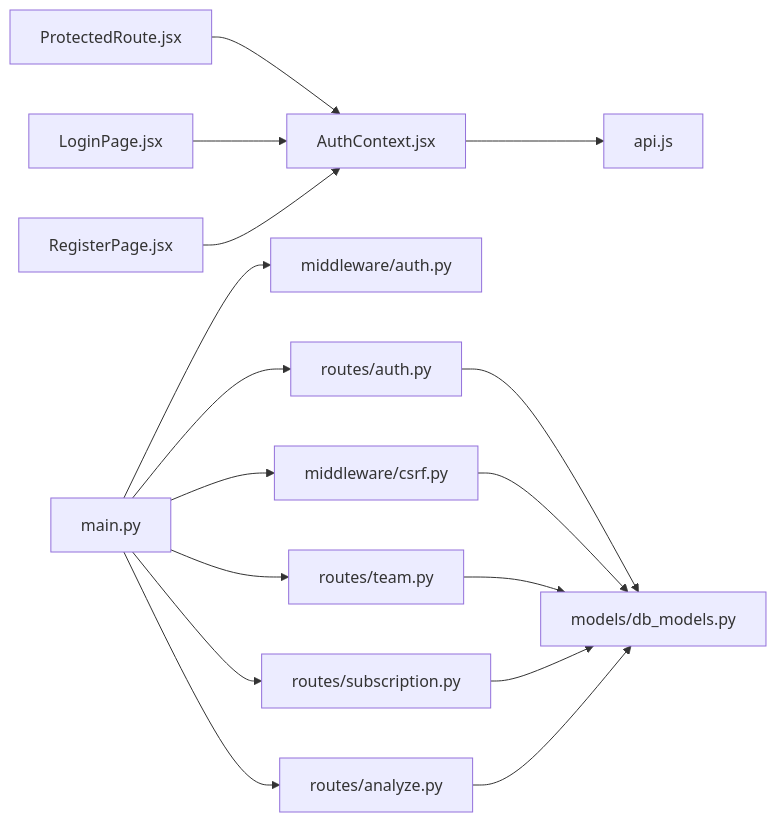
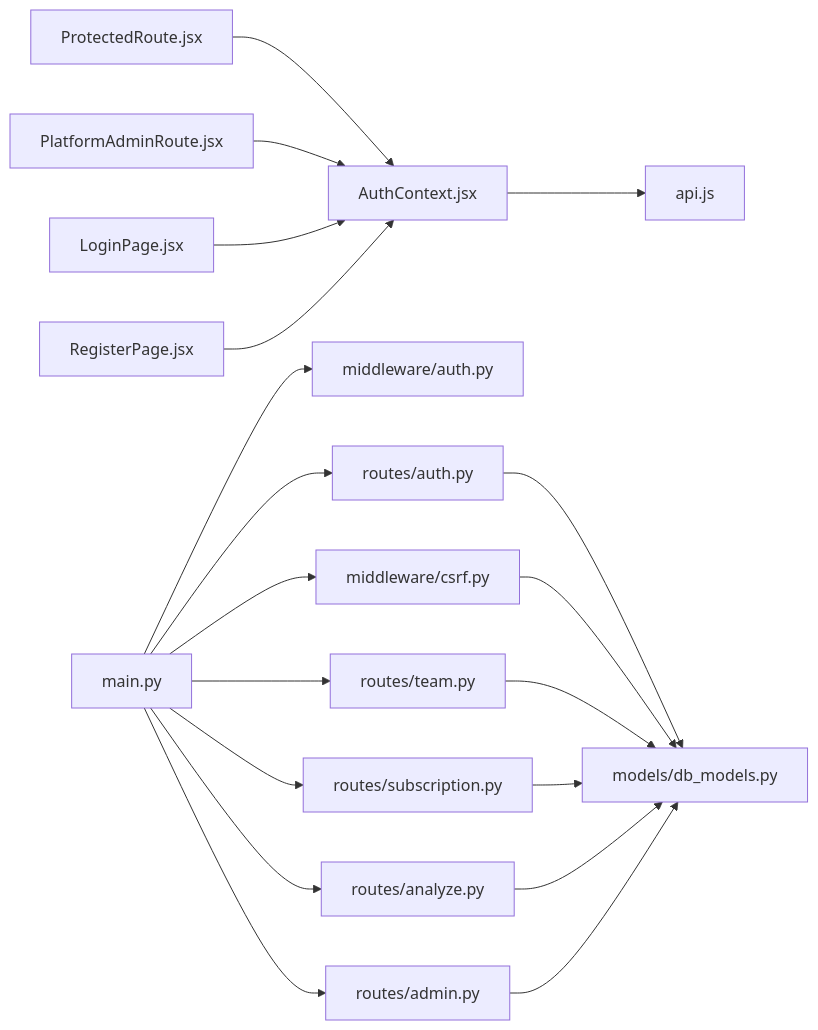
One commit to Revanththetalogics/aireume changed diagram 12 of 12 in .qoder/repowiki/en/content/Authentication & Authorization/Authentication & Authorization.md. Above: the diagram before and after it, drawn with Mermaid. The commit also changed other lines of this file and 10 other files, not shown here.

````diff
--- a/.qoder/repowiki/en/content/Authentication & Authorization/Authentication & Authorization.md
+++ b/.qoder/repowiki/en/content/Authentication & Authorization/Authentication & Authorization.md
@@ -462,18 +565,21 @@
 ```mermaid
 graph LR
 FE_Auth["AuthContext.jsx"] --> FE_API["api.js"]
 FE_Protected["ProtectedRoute.jsx"] --> FE_Auth
+FE_PlatformAdmin["PlatformAdminRoute.jsx"] --> FE_Auth
 FE_Login["LoginPage.jsx"] --> FE_Auth
 FE_Register["RegisterPage.jsx"] --> FE_Auth
 BE_Main["main.py"] --> BE_MW["middleware/auth.py"]
 BE_Main --> BE_AuthRoutes["routes/auth.py"]
 BE_Main --> BE_CSRF["middleware/csrf.py"]
 BE_Main --> BE_Team["routes/team.py"]
 BE_Main --> BE_Sub["routes/subscription.py"]
 BE_Main --> BE_Analyze["routes/analyze.py"]
+BE_Main --> BE_Admin["routes/admin.py"]
 BE_AuthRoutes --> BE_DB["models/db_models.py"]
 BE_CSRF --> BE_DB
 BE_Team --> BE_DB
 BE_Sub --> BE_DB
 BE_Analyze --> BE_DB
+BE_Admin --> BE_DB
 ```
````
